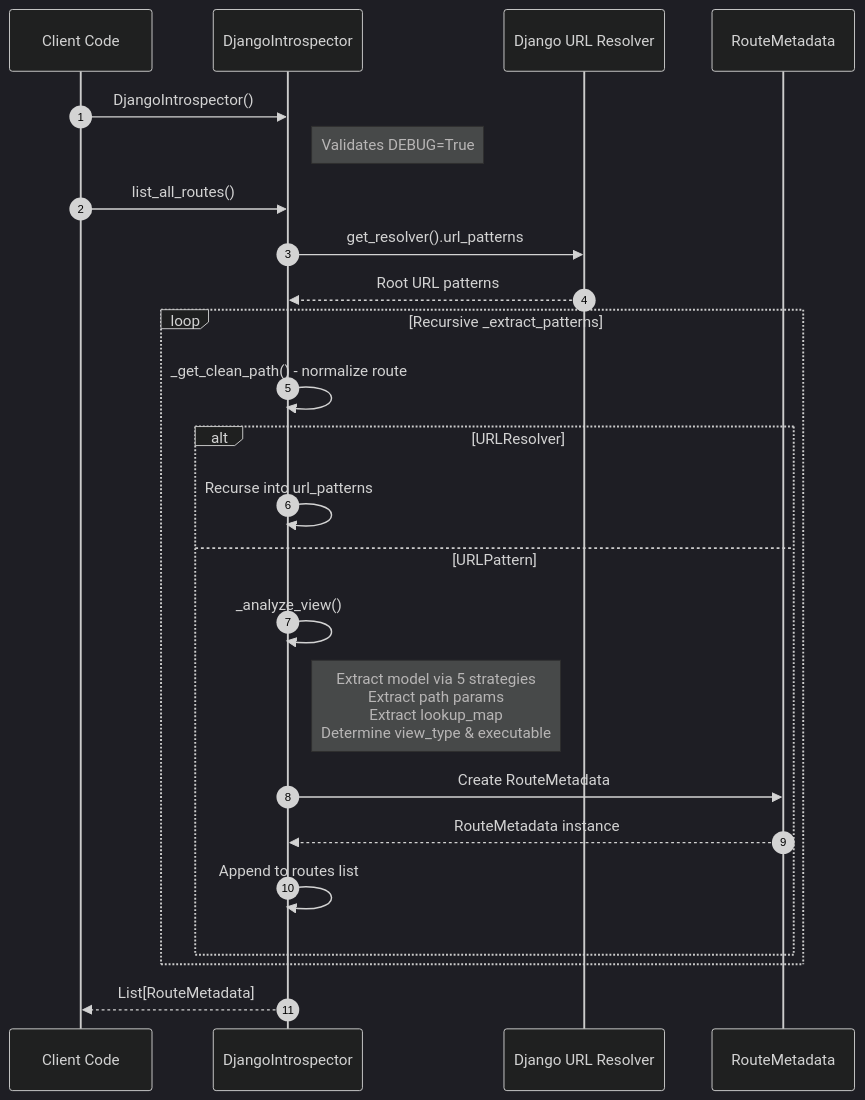
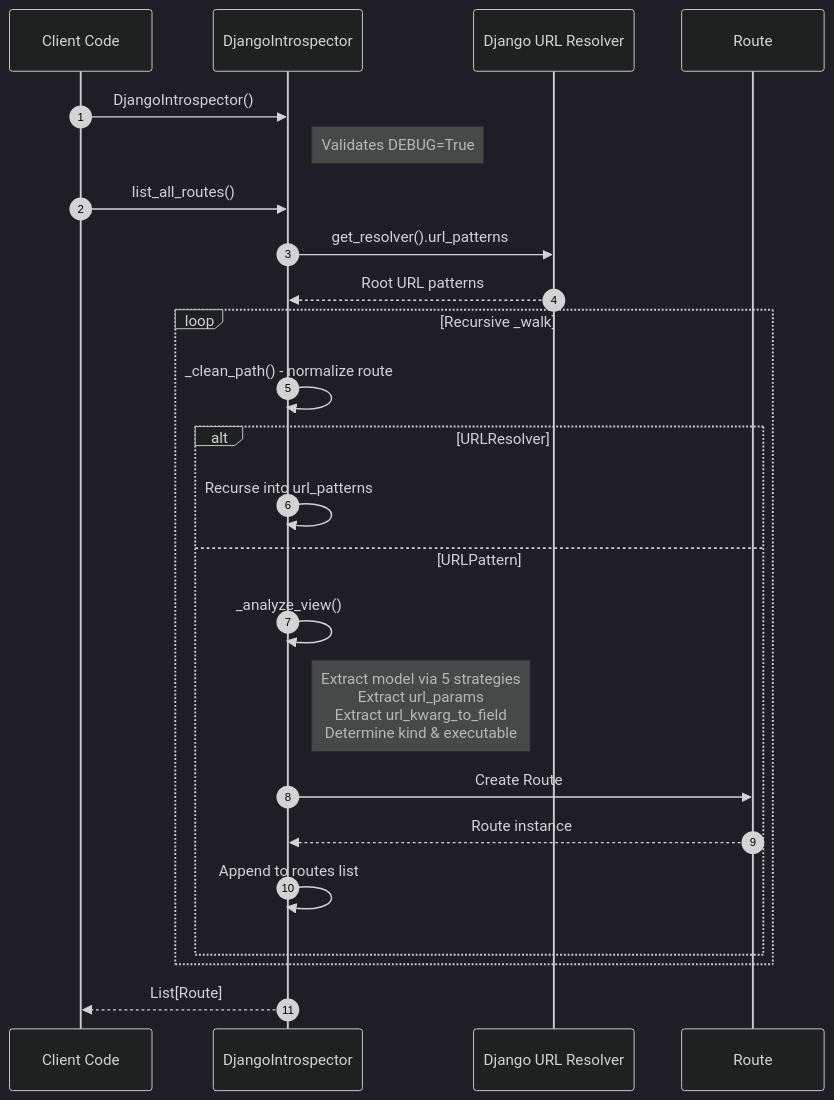
Before and after one commit to Profysr/da-profiler: the fourth of 12 diagrams in architecture.md, drawn with Mermaid (dark theme). The commit also changed other lines of this file and 37 other files, not shown here.

````diff
--- a/architecture.md
+++ b/architecture.md
@@ -282,30 +424,30 @@
 ```mermaid
 sequenceDiagram
     autonumber
     participant Client as Client Code
     participant Introspector as DjangoIntrospector
     participant Django as Django URL Resolver
-    participant RouteMeta as RouteMetadata
+    participant RouteRec as Route
 
     Client->>Introspector: DjangoIntrospector()
     Note right of Introspector: Validates DEBUG=True
 
     Client->>Introspector: list_all_routes()
     Introspector->>Django: get_resolver().url_patterns
     Django-->>Introspector: Root URL patterns
 
-    loop Recursive _extract_patterns
-        Introspector->>Introspector: _get_clean_path() - normalize route
+    loop Recursive _walk
+        Introspector->>Introspector: _clean_path() - normalize route
         alt URLResolver
             Introspector->>Introspector: Recurse into url_patterns
         else URLPattern
             Introspector->>Introspector: _analyze_view()
-            Note right of Introspector: Extract model via 5 strategies<br/>Extract path params<br/>Extract lookup_map<br/>Determine view_type & executable
-            Introspector->>RouteMeta: Create RouteMetadata
-            RouteMeta-->>Introspector: RouteMetadata instance
+            Note right of Introspector: Extract model via 5 strategies<br/>Extract url_params<br/>Extract url_kwarg_to_field<br/>Determine kind & executable
+            Introspector->>RouteRec: Create Route
+            RouteRec-->>Introspector: Route instance
             Introspector->>Introspector: Append to routes list
         end
     end
 
-    Introspector-->>Client: List[RouteMetadata]
+    Introspector-->>Client: List[Route]
 ```
````
